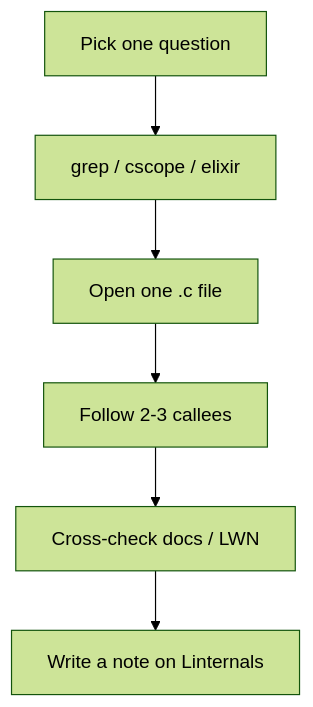
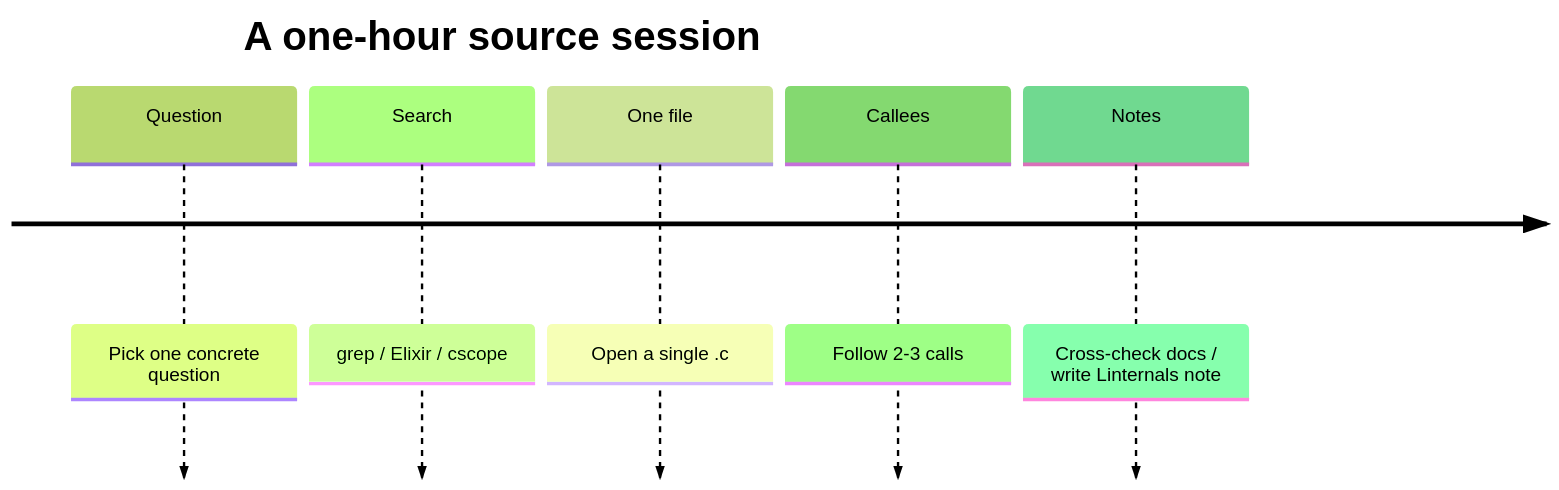
The first of 2 diagrams in src/content/blog/reading-kernel-source.md (euphoricmangat/linternals), drawn with Mermaid (forest theme) before and after one commit. The commit also changed other lines of this file and 12 other files, not shown here.

First line of the commit message:
Diversify Mermaid diagrams beyond flowcharts.

````diff
--- a/src/content/blog/reading-kernel-source.md
+++ b/src/content/blog/reading-kernel-source.md
@@ -14,8 +14,9 @@
 ```mermaid
-flowchart TB
-  Q[Pick one question] --> G[grep / cscope / elixir]
-  G --> F[Open one .c file]
-  F --> C[Follow 2-3 callees]
-  C --> D[Cross-check docs / LWN]
-  D --> N[Write a note on Linternals]
+timeline
+  title A one-hour source session
+  Question : Pick one concrete question
+  Search : grep / Elixir / cscope
+  One file : Open a single .c
+  Callees : Follow 2-3 calls
+  Notes : Cross-check docs / write Linternals note
 ```
````
